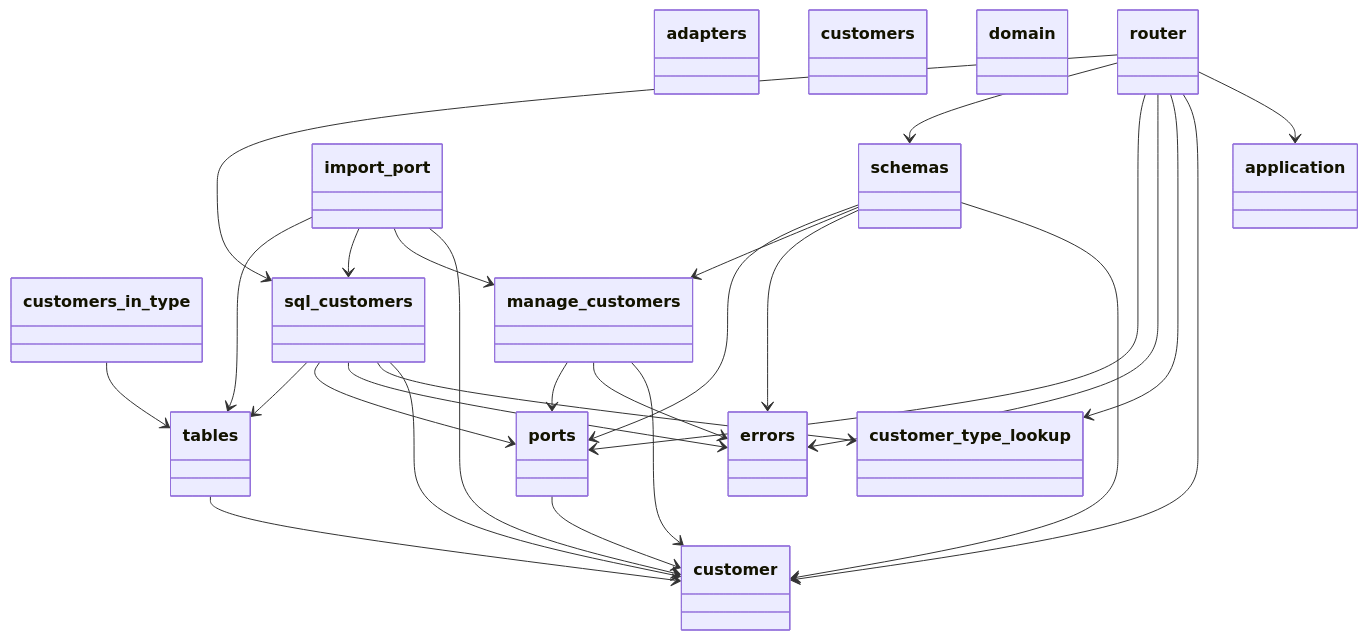
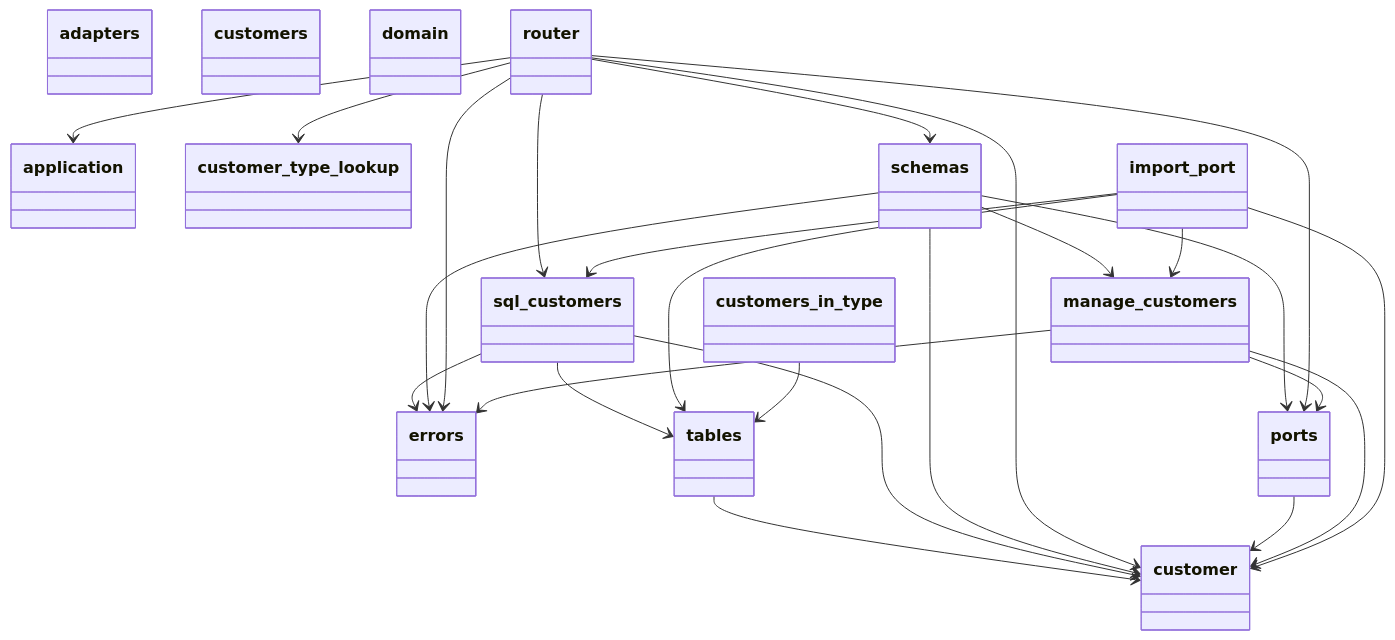
The first of 4 diagrams in docs/architecture/generated/classes/customers.md (GonzaloZevallos/apostrophe), drawn with Mermaid before and after one commit. The commit also changed other lines of this file and 7 other files, not shown here.

Commit message:
Take vip out of the Customer aggregate: the answers compare the type to the VIP type once per request; test a really deleted VIP type

````diff
--- a/docs/architecture/generated/classes/customers.md
+++ b/docs/architecture/generated/classes/customers.md
@@ -7,59 +7,57 @@
 ```mermaid
 classDiagram
   class adapters {
   }
   class application {
   }
   class customer {
   }
   class customer_type_lookup {
   }
   class customers {
   }
   class customers_in_type {
   }
   class domain {
   }
   class errors {
   }
   class import_port {
   }
   class manage_customers {
   }
   class ports {
   }
   class router {
   }
   class schemas {
   }
   class sql_customers {
   }
   class tables {
   }
   customers_in_type --> tables
   import_port --> customer
   import_port --> manage_customers
   import_port --> sql_customers
   import_port --> tables
   manage_customers --> customer
   manage_customers --> errors
   manage_customers --> ports
   ports --> customer
   router --> application
   router --> customer
   router --> customer_type_lookup
   router --> errors
   router --> ports
   router --> schemas
   router --> sql_customers
   schemas --> customer
   schemas --> errors
   schemas --> manage_customers
   schemas --> ports
   sql_customers --> customer
-  sql_customers --> customer_type_lookup
   sql_customers --> errors
-  sql_customers --> ports
   sql_customers --> tables
   tables --> customer
 ```
````
